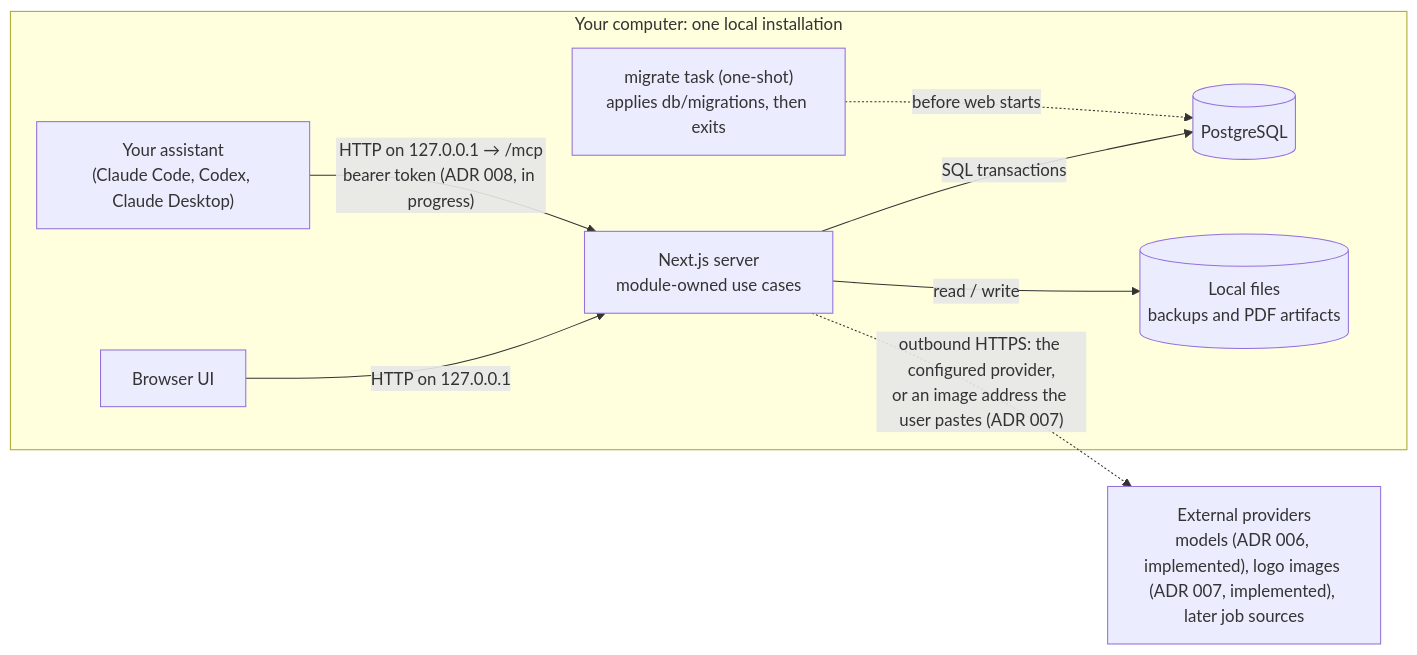
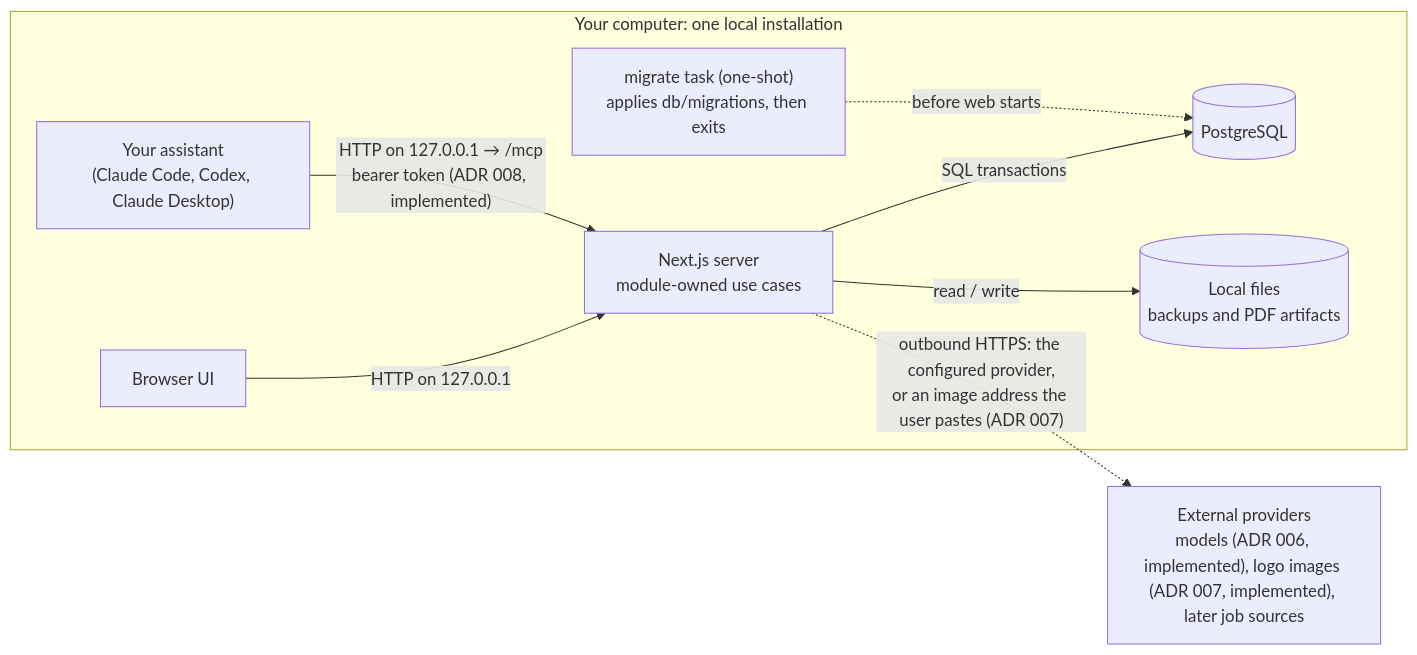
The first of 2 diagrams in docs/03-system-and-modules.md (3333444n/landed), drawn with Mermaid before and after one commit. The commit also changed other lines of this file and 15 other files, not shown here.

Commit message:
docs(assistant): describe the implemented assistant surface and sweep stale references

````diff
--- a/docs/03-system-and-modules.md
+++ b/docs/03-system-and-modules.md
@@ -13,11 +13,11 @@
 ```mermaid
 flowchart LR
   subgraph local["Your computer: one local installation"]
     browser["Browser UI"] -->|"HTTP on 127.0.0.1"| app["Next.js server<br/>module-owned use cases"]
-    assistant["Your assistant<br/>(Claude Code, Codex, Claude Desktop)"] -->|"HTTP on 127.0.0.1 → /mcp<br/>bearer token (ADR 008, in progress)"| app
+    assistant["Your assistant<br/>(Claude Code, Codex, Claude Desktop)"] -->|"HTTP on 127.0.0.1 → /mcp<br/>bearer token (ADR 008, implemented)"| app
     app -->|"SQL transactions"| db[("PostgreSQL")]
     app -->|"read / write"| files[("Local files<br/>backups and PDF artifacts")]
     migrate["migrate task (one-shot)<br/>applies db/migrations, then exits"] -.->|"before web starts"| db
   end
   app -.->|"outbound HTTPS: the configured provider,<br/>or an image address the user pastes (ADR 007)"| providers["External providers<br/>models (ADR 006, implemented), logo images (ADR 007, implemented), later job sources"]
 ```
````
